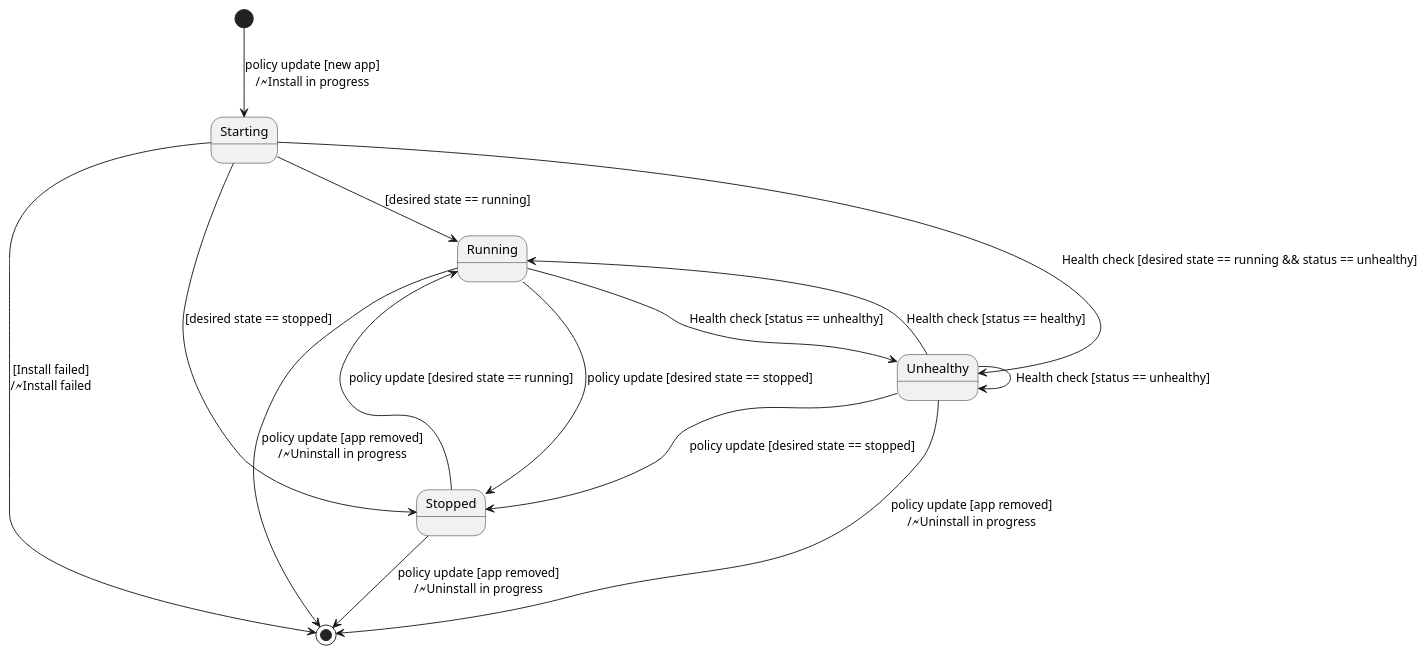
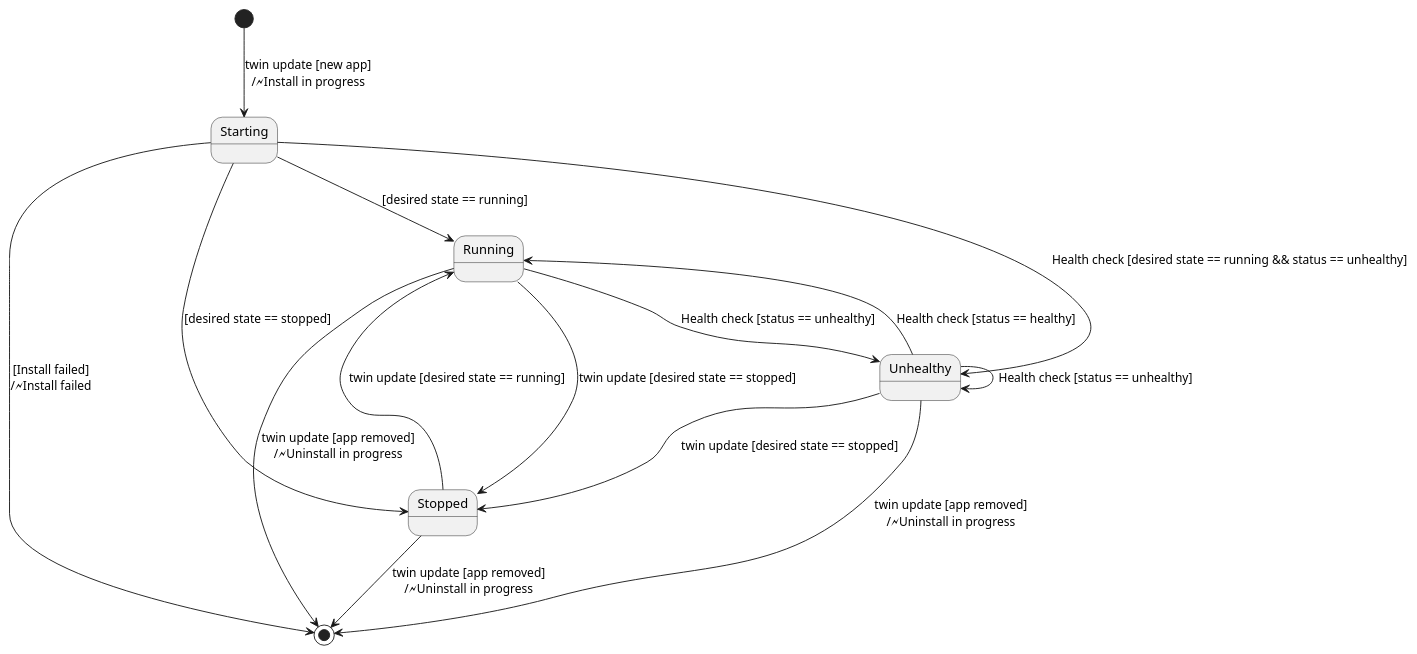
One commit to se-edge/framework-diagrams changed the diagram in app-states-and-events.puml. Above: the diagram before and after it, drawn with PlantUML.

```diff
--- a/app-states-and-events.puml
+++ b/app-states-and-events.puml
@@ -1,16 +1,16 @@
 @startuml
-[*]        -down-> Starting : policy update [new app]\n/🗲Install in progress
+[*]        -down-> Starting : twin update [new app]\n/🗲Install in progress
 Starting   --> Running: [desired state == running]
 Starting   --> Unhealthy: Health check [desired state == running && status == unhealthy]
 Starting   --> Stopped: [desired state == stopped]
 Starting   --> [*] : [Install failed]\n/🗲Install failed
-Running    --> Stopped : policy update [desired state == stopped]
+Running    --> Stopped : twin update [desired state == stopped]
 Running    --> Unhealthy: Health check [status == unhealthy]
-Running    --> [*] : policy update [app removed]\n/🗲Uninstall in progress
-Unhealthy  --> Stopped: policy update [desired state == stopped]
+Running    --> [*] : twin update [app removed]\n/🗲Uninstall in progress
+Unhealthy  --> Stopped: twin update [desired state == stopped]
 Unhealthy  --> Unhealthy: Health check [status == unhealthy]
 Unhealthy  --> Running: Health check [status == healthy]
-Unhealthy  --> [*] : policy update [app removed]\n/🗲Uninstall in progress
-Stopped    --> Running: policy update [desired state == running]
-Stopped    --> [*] : policy update [app removed]\n/🗲Uninstall in progress
+Unhealthy  --> [*] : twin update [app removed]\n/🗲Uninstall in progress
+Stopped    --> Running: twin update [desired state == running]
+Stopped    --> [*] : twin update [app removed]\n/🗲Uninstall in progress
 @enduml
```
